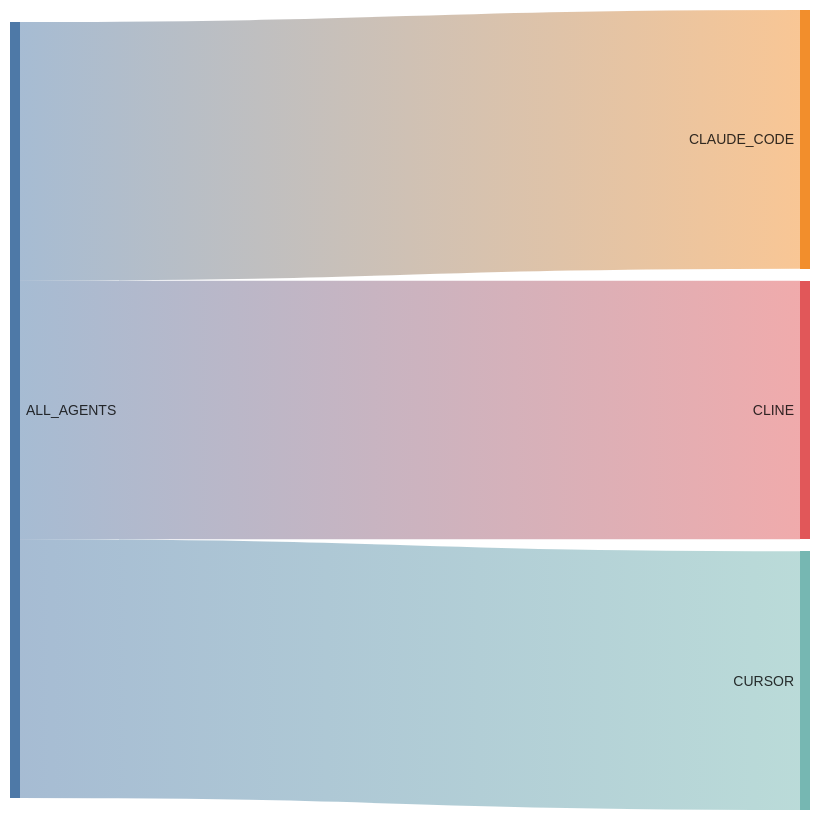
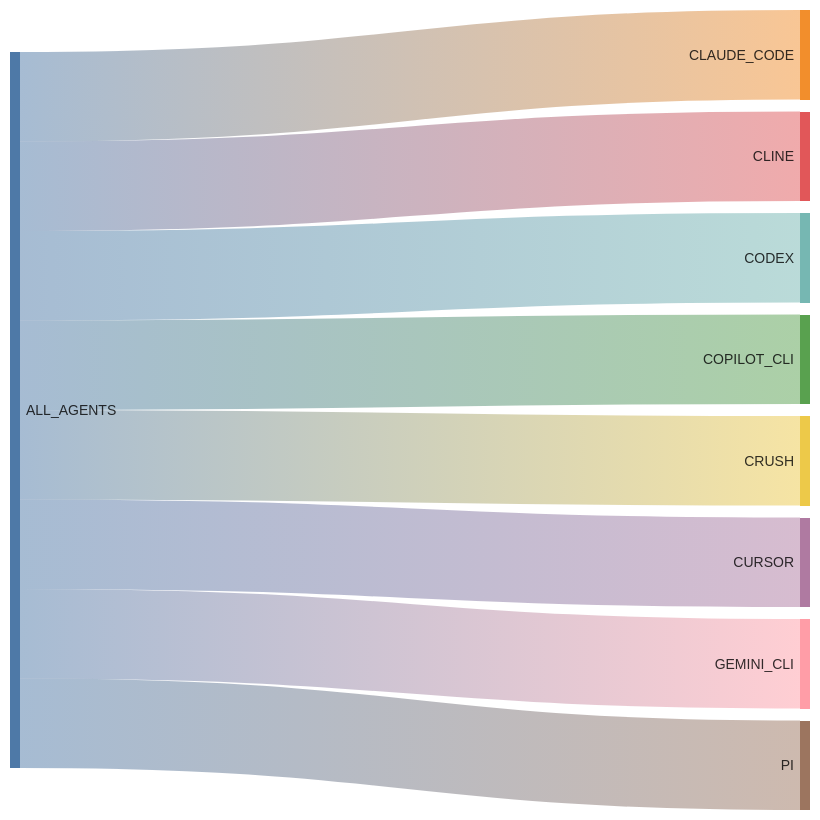
Before and after one commit to kdeldycke/extra-platforms: the first of 2 diagrams in docs/agents.md, drawn with Mermaid. The commit also changed other lines of this file and 12 other files, not shown here.

````diff
--- a/docs/agents.md
+++ b/docs/agents.md
@@ -111,10 +116,15 @@
 ```mermaid
 ---
 config: {"sankey": {"showValues": false, "width": 800, "height": 800}}
 ---
 sankey-beta
 
 ALL_AGENTS,CLAUDE_CODE,1
 ALL_AGENTS,CLINE,1
+ALL_AGENTS,CODEX,1
+ALL_AGENTS,COPILOT_CLI,1
+ALL_AGENTS,CRUSH,1
 ALL_AGENTS,CURSOR,1
+ALL_AGENTS,GEMINI_CLI,1
+ALL_AGENTS,PI,1
 ```
````
